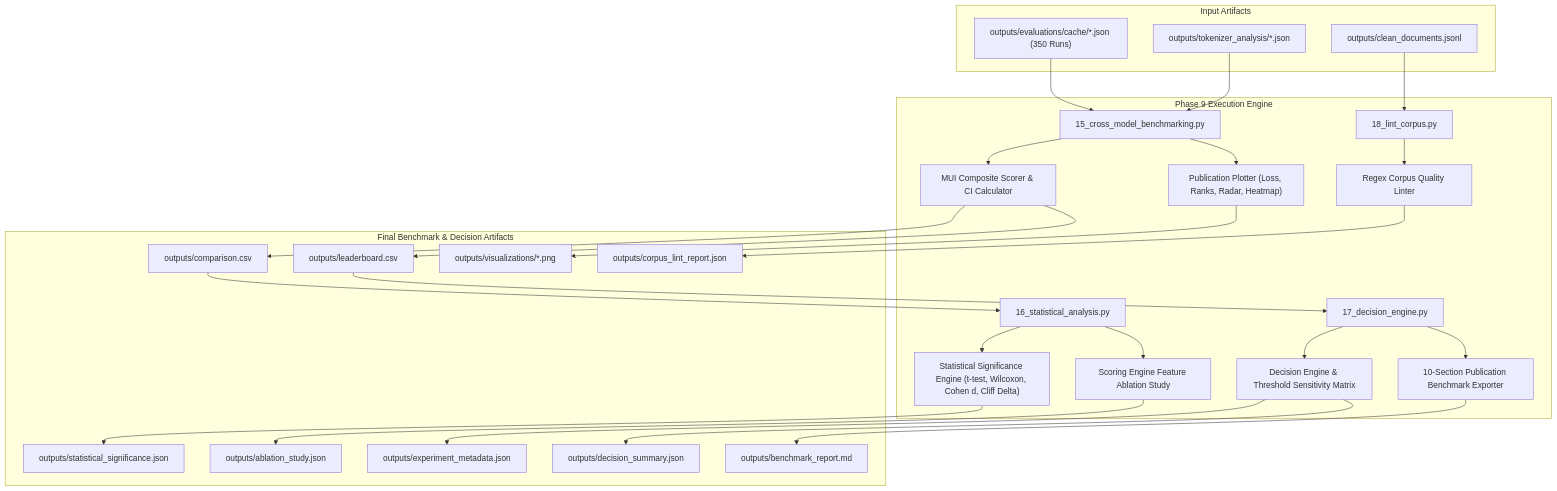
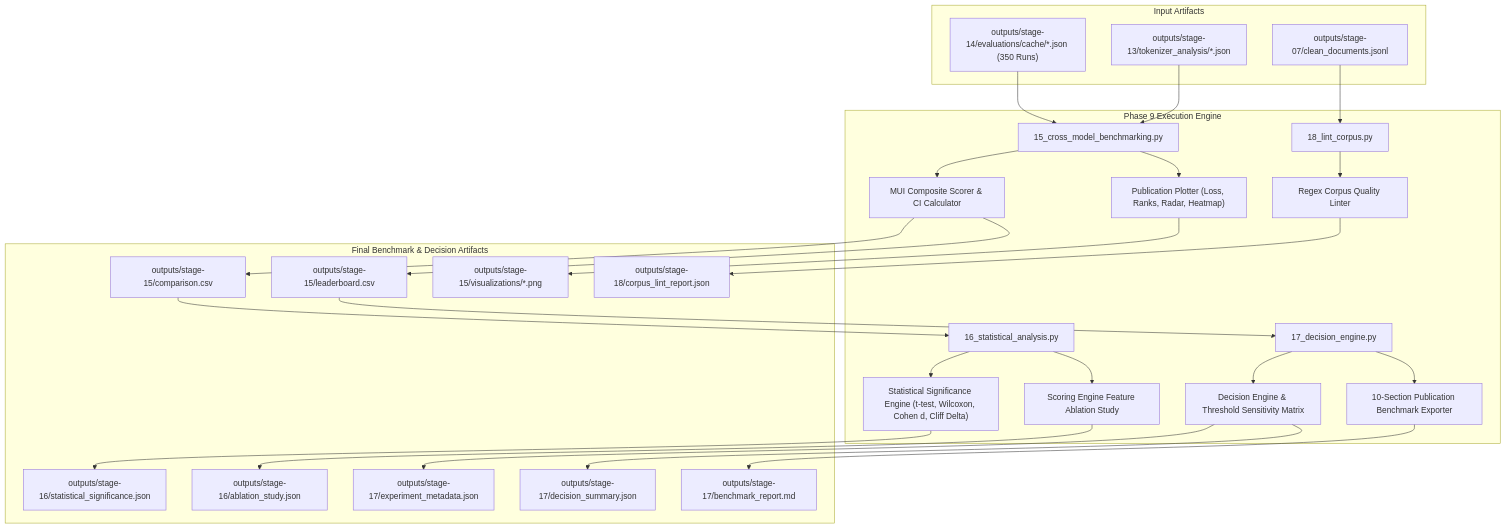
The first of 2 diagrams in documentation/09_phase9_benchmarking_decision_engine_and_final_reports.md (AbhishekYadav2207/TSBC-MaritimePipeline-PR), drawn with Mermaid before and after one commit. The commit also changed other lines of this file and 18 other files, not shown here.

````diff
--- a/documentation/09_phase9_benchmarking_decision_engine_and_final_reports.md
+++ b/documentation/09_phase9_benchmarking_decision_engine_and_final_reports.md
@@ -16,56 +16,56 @@
 ```mermaid
 flowchart TD
     subgraph Inputs ["Input Artifacts"]
-        CacheFolder["outputs/evaluations/cache/*.json (350 Runs)"]
-        TokFolder["outputs/tokenizer_analysis/*.json"]
-        CleanDocs["outputs/clean_documents.jsonl"]
+        CacheFolder["outputs/stage-14/evaluations/cache/*.json (350 Runs)"]
+        TokFolder["outputs/stage-13/tokenizer_analysis/*.json"]
+        CleanDocs["outputs/stage-07/clean_documents.jsonl"]
     end
 
     subgraph Processing ["Phase 9 Execution Engine"]
         S15["15_cross_model_benchmarking.py"]
         MUICalculator["MUI Composite Scorer & CI Calculator"]
         Plotter["Publication Plotter (Loss, Ranks, Radar, Heatmap)"]
         
         S16["16_statistical_analysis.py"]
         StatEngine["Statistical Significance Engine (t-test, Wilcoxon, Cohen d, Cliff Delta)"]
         AblationEngine["Scoring Engine Feature Ablation Study"]
         
         S17["17_decision_engine.py"]
         DecisionRules["Decision Engine & Threshold Sensitivity Matrix"]
         ReportExporter["10-Section Publication Benchmark Exporter"]
         
         S18["18_lint_corpus.py"]
         CorpusLinter["Regex Corpus Quality Linter"]
     end
 
     subgraph Outputs ["Final Benchmark & Decision Artifacts"]
-        CompCSV["outputs/comparison.csv"]
-        LeaderboardCSV["outputs/leaderboard.csv"]
-        Plots["outputs/visualizations/*.png"]
-        StatJSON["outputs/statistical_significance.json"]
-        AblationJSON["outputs/ablation_study.json"]
-        ReproJSON["outputs/experiment_metadata.json"]
-        DecisionJSON["outputs/decision_summary.json"]
-        BenchmarkMD["outputs/benchmark_report.md"]
-        LintJSON["outputs/corpus_lint_report.json"]
+        CompCSV["outputs/stage-15/comparison.csv"]
+        LeaderboardCSV["outputs/stage-15/leaderboard.csv"]
+        Plots["outputs/stage-15/visualizations/*.png"]
+        StatJSON["outputs/stage-16/statistical_significance.json"]
+        AblationJSON["outputs/stage-16/ablation_study.json"]
+        ReproJSON["outputs/stage-17/experiment_metadata.json"]
+        DecisionJSON["outputs/stage-17/decision_summary.json"]
+        BenchmarkMD["outputs/stage-17/benchmark_report.md"]
+        LintJSON["outputs/stage-18/corpus_lint_report.json"]
     end
 
     CacheFolder & TokFolder --> S15
     S15 --> MUICalculator & Plotter
     MUICalculator --> CompCSV & LeaderboardCSV
     Plotter --> Plots
 
     CompCSV --> S16
     S16 --> StatEngine & AblationEngine
     StatEngine --> StatJSON
     AblationEngine --> AblationJSON
 
     LeaderboardCSV --> S17
     S17 --> DecisionRules & ReportExporter
     DecisionRules --> ReproJSON & DecisionJSON
     ReportExporter --> BenchmarkMD
 
     CleanDocs --> S18
     S18 --> CorpusLinter
     CorpusLinter --> LintJSON
 ```
````
